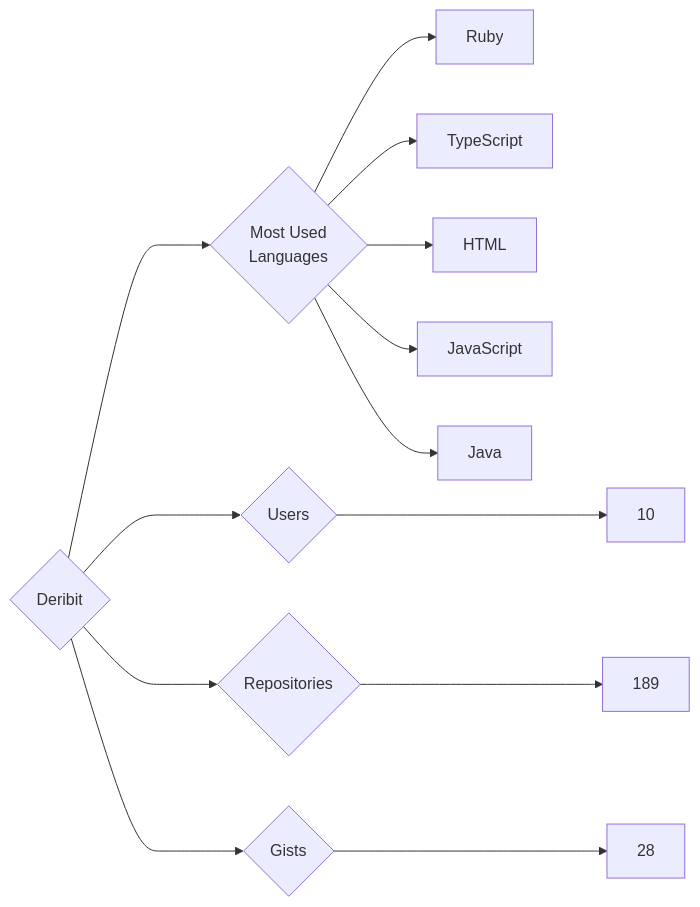
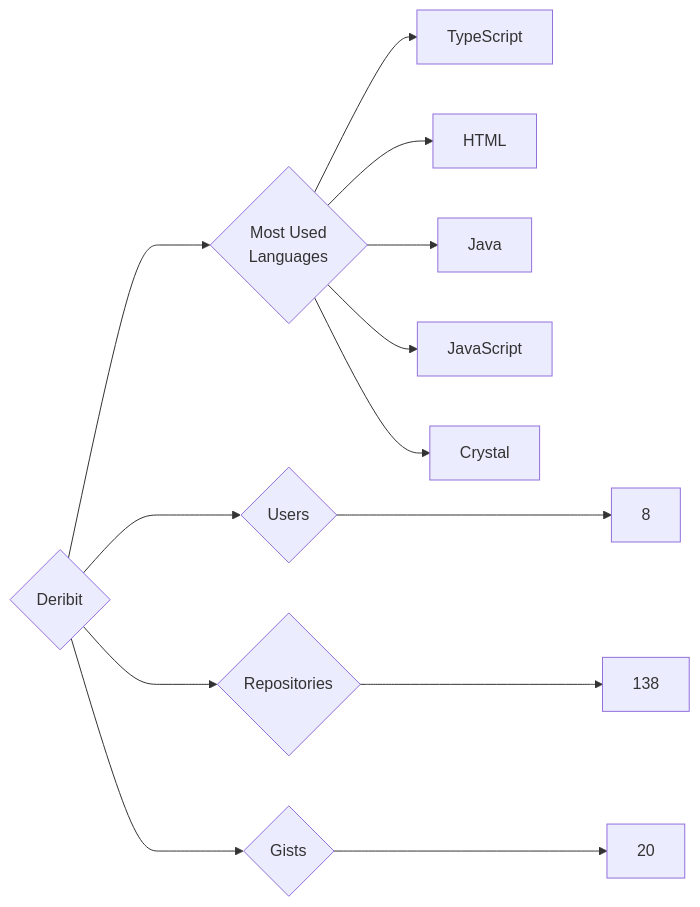
One commit to trickest/insiders changed the diagram in targets/Deribit/README.md. Above: the diagram before and after it, drawn with Mermaid. The commit also changed 1092 other files, not shown here.

````diff
--- a/targets/Deribit/README.md
+++ b/targets/Deribit/README.md
@@ -3,13 +3,13 @@
 ```mermaid
 graph LR
 COMPANY_NAME{Deribit}
-COMPANY_NAME ---> U{Users} ---> UN[10]
-COMPANY_NAME ---> R{Repositories} ---> RN[189]
-COMPANY_NAME ---> G{Gists} ---> GN[28]
+COMPANY_NAME ---> U{Users} ---> UN[8]
+COMPANY_NAME ---> R{Repositories} ---> RN[138]
+COMPANY_NAME ---> G{Gists} ---> GN[20]
 COMPANY_NAME ---> ML{Most Used<br>Languages}
-ML --> Ruby[Ruby]
 ML --> TypeScript[TypeScript]
 ML --> HTML[HTML]
+ML --> Java[Java]
 ML --> JavaScript[JavaScript]
-ML --> Java[Java]
+ML --> Crystal[Crystal]
 ```
````
